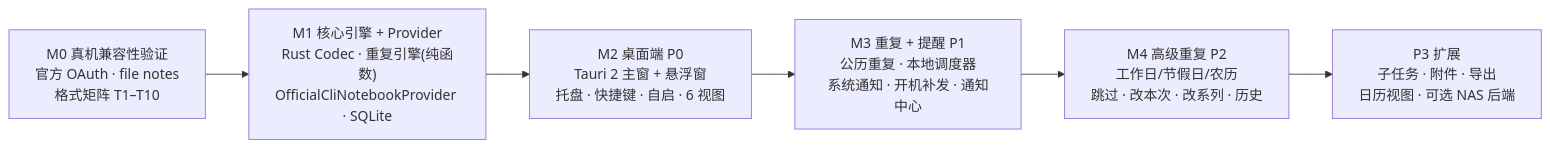
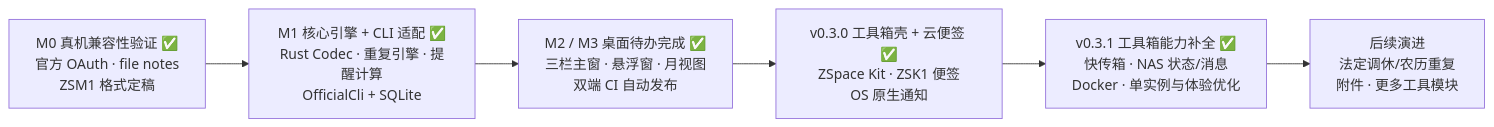
One commit to garyhj/ZSpaceMemo changed the second of 2 diagrams in docs/DESIGN.md. Above: the diagram before and after it, drawn with Mermaid. The commit also changed other lines of this file and 3 other files, not shown here.

Commit message:
docs: update README, DESIGN, COMPATIBILITY and add CHANGELOG for ZSpace Kit v0.3.1

````diff
--- a/docs/DESIGN.md
+++ b/docs/DESIGN.md
@@ -290,8 +157,8 @@
 ```mermaid
 flowchart LR
-  M0["M0 真机兼容性验证<br/>官方 OAuth · file notes<br/>格式矩阵 T1–T10"] --> M1["M1 核心引擎 + Provider<br/>Rust Codec · 重复引擎(纯函数)<br/>OfficialCliNotebookProvider · SQLite"]
-  M1 --> M2["M2 桌面端 P0<br/>Tauri 2 主窗 + 悬浮窗<br/>托盘 · 快捷键 · 自启 · 6 视图"]
-  M2 --> M3["M3 重复 + 提醒 P1<br/>公历重复 · 本地调度器<br/>系统通知 · 开机补发 · 通知中心"]
-  M3 --> M4["M4 高级重复 P2<br/>工作日/节假日/农历<br/>跳过 · 改本次 · 改系列 · 历史"]
-  M4 --> P3["P3 扩展<br/>子任务 · 附件 · 导出<br/>日历视图 · 可选 NAS 后端"]
+  M0["M0 真机兼容性验证 ✅<br/>官方 OAuth · file notes<br/>ZSM1 格式定稿"] --> M1["M1 核心引擎 + CLI 适配 ✅<br/>Rust Codec · 重复引擎 · 提醒计算<br/>OfficialCli + SQLite"]
+  M1 --> M2["M2 / M3 桌面待办完成 ✅<br/>三栏主窗 · 悬浮窗 · 月视图<br/>双端 CI 自动发布"]
+  M2 --> V030["v0.3.0 工具箱壳 + 云便签 ✅<br/>ZSpace Kit · ZSK1 便签<br/>OS 原生通知"]
+  V030 --> V031["v0.3.1 工具箱能力补全 ✅<br/>快传箱 · NAS 状态/消息<br/>Docker · 单实例与体验优化"]
+  V031 --> NEXT["后续演进<br/>法定调休/农历重复<br/>附件 · 更多工具模块"]
 ```
````
